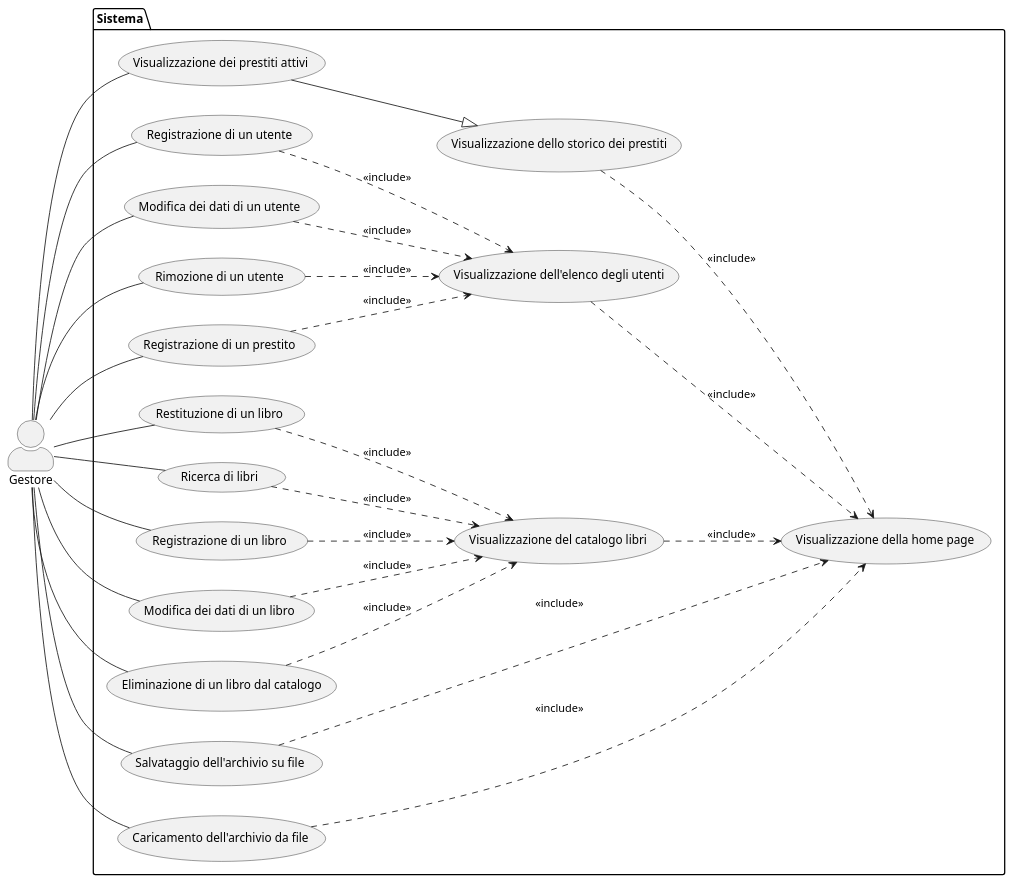
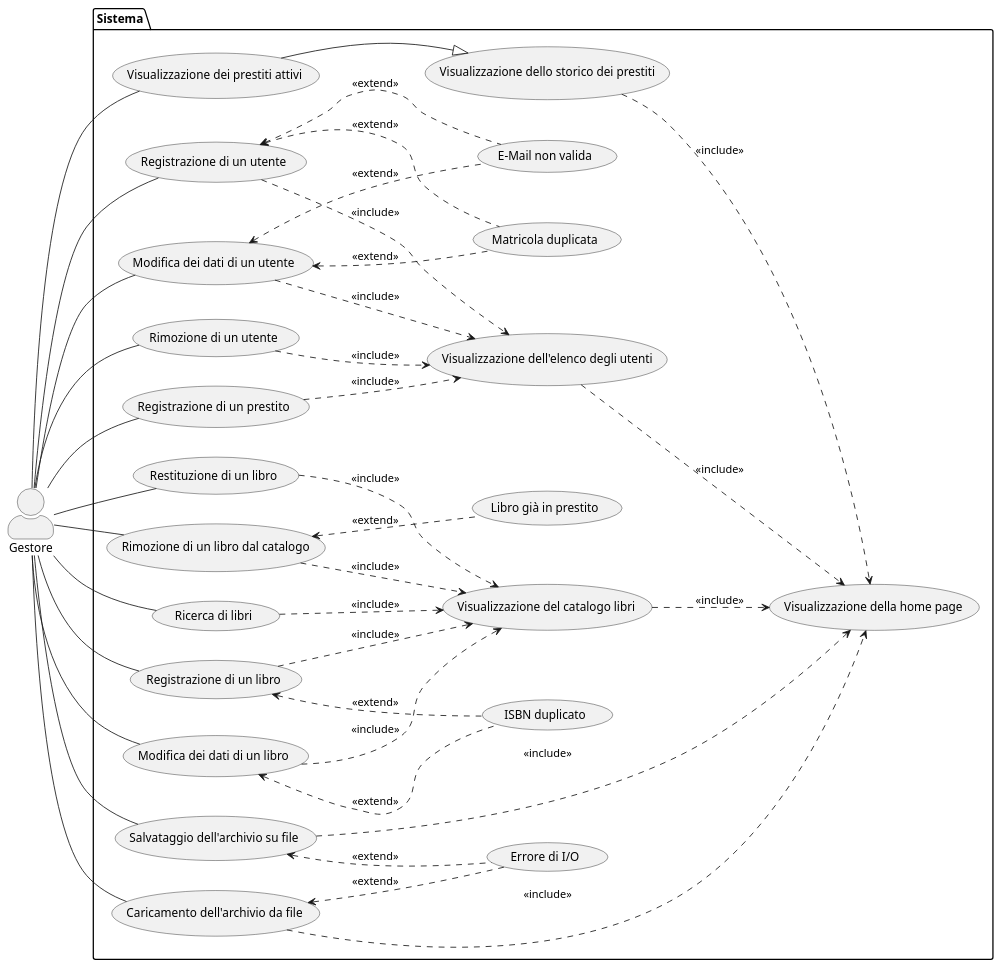
Before and after one commit to Meziu/easylibrary: the diagram in docs/uml/usecases.puml, drawn with PlantUML. The commit also changed 2 other files, not shown here.

Commit message:
Aggiunta dei flussi di errore al diagramma dei casi d'uso

```diff
--- a/docs/uml/usecases.puml
+++ b/docs/uml/usecases.puml
@@ -1,59 +1,75 @@
 @startuml
 skinparam actorStyle awesome
 
 left to right direction
 
 actor Gestore as G
 
 package Sistema {
     usecase "Visualizzazione della home page" as UC1
     usecase "Visualizzazione del catalogo libri" as UC2
     usecase "Visualizzazione dei prestiti attivi" as UC3
     usecase "Visualizzazione dello storico dei prestiti" as UC4
     usecase "Visualizzazione dell'elenco degli utenti" as UC5
     usecase "Registrazione di un utente" as UC6
     usecase "Modifica dei dati di un utente" as UC7
     usecase "Rimozione di un utente" as UC8
     usecase "Registrazione di un prestito" as UC9
     usecase "Restituzione di un libro" as UC10
     usecase "Ricerca di libri" as UC11
     usecase "Registrazione di un libro" as UC12
     usecase "Modifica dei dati di un libro" as UC13
-    usecase "Eliminazione di un libro dal catalogo" as UC14
+    usecase "Rimozione di un libro dal catalogo" as UC14
     usecase "Salvataggio dell'archivio su file" as UC15
     usecase "Caricamento dell'archivio da file" as UC16
+
+    usecase "Matricola duplicata" as UCA1
+    usecase "E-Mail non valida" as UCA2
+    usecase "ISBN duplicato" as UCA3
+    usecase "Libro già in prestito" as UCA4
+    usecase "Errore di I/O" as UCA5
 }
 
 UC2 ..> UC1 : <<include>>
 UC5 ..> UC1 : <<include>>
 UC4 ..> UC1 : <<include>>
 UC15 ...> UC1 : <<include>>
 UC16 ...> UC1 : <<include>>
 
 UC3 --|> UC4
 
 UC6 ..> UC5 : <<include>>
 UC7 ..> UC5 : <<include>>
 UC8 ..> UC5 : <<include>>
 UC9 ..> UC5 : <<include>>
 
 UC10 ..> UC2 : <<include>>
 UC11 ..> UC2 : <<include>>
 UC12 ..> UC2 : <<include>>
 UC13 ..> UC2 : <<include>>
 UC14 ..> UC2 : <<include>>
 
+UC6 <.. UCA1 : <<extend>>
+UC7 <.. UCA1 : <<extend>>
+UC6 <.. UCA2 : <<extend>>
+UC7 <.. UCA2 : <<extend>>
+UC12 <.. UCA3 : <<extend>>
+UC13 <.. UCA3 : <<extend>>
+UC14 <.. UCA4  : <<extend>>
+UC15 <.. UCA5 : <<extend>>
+UC16 <.. UCA5 : <<extend>>
+
 G -- UC3
 G -- UC6
 G -- UC7
 G -- UC8
 G -- UC9
 G -- UC10
 G -- UC11
 G -- UC12
 G -- UC13
 G -- UC14
 G -- UC15
 G -- UC16
 
 @enduml
```
